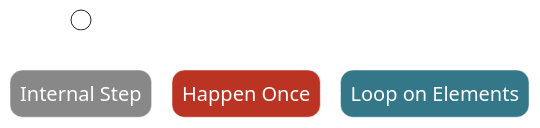
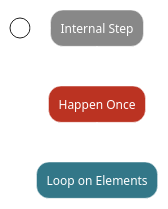
One commit to Modilius/cdi-langchain4j-slides changed the diagram in src/main/asciidoc/parts/legend.adoc. Above: the diagram before and after it, drawn with PlantUML. The commit also changed 3 other files, not shown here.

Commit message:
Correct slide size to use all the screen Correct postable extension lifecycle schema add live reload to the slides

```diff
--- a/src/main/asciidoc/parts/legend.adoc
+++ b/src/main/asciidoc/parts/legend.adoc
@@ -1,27 +1,24 @@
-[plantuml, "lifecycle-legend", "svg", height="40", width="230", role="pull-right"]
+[plantuml, "lifecycle-legend", "svg",width="80%"]
 ----
 @startuml
 
 skinparam shadowing false
 skinparam backgroundColor transparent
-skinparam defaultFontName Consolas
 
 skinparam activity {
   StartColor white
   BackgroundColor #337788
   BackgroundColor<< Internal >> #888888
   BackgroundColor<< Once >> #BB3322
   ArrowColor white
   BarColor #888888
   BorderColor White
-  FontName Consolas
   FontColor White
-  FontSize 20
 }
 
-(*) -down-> "Internal Step" << Internal >>
--right-> "Happen Once" <<Once>>
--right-> "Loop on Elements"
+(*) -right-> "Internal Step" << Internal >>
+-down-> "Happen Once" <<Once>>
+-down-> "Loop on Elements"
 
 @enduml
 ----
```
